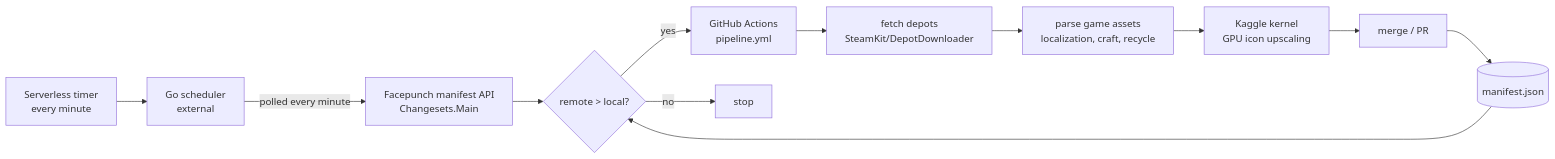
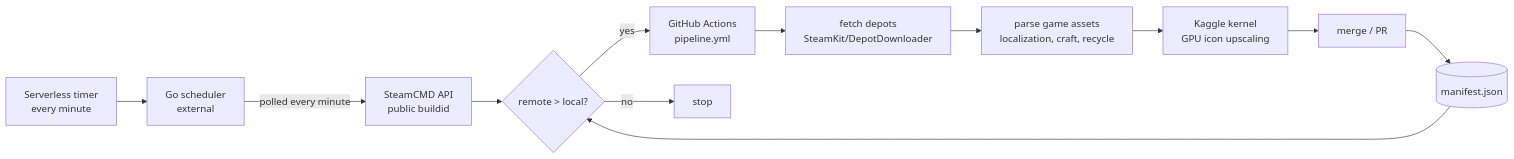
One commit to LehaSex/rust-game-icons changed the diagram in README.md. Above: the diagram before and after it, drawn with Mermaid. The commit also changed other lines of this file and 6 other files, not shown here.

````diff
--- a/README.md
+++ b/README.md
@@ -73,14 +73,14 @@
 ```mermaid
 flowchart LR
     T[Serverless timer<br/>every minute] --> F[Go scheduler<br/>external]
-    F -- polled every minute --> FP[Facepunch manifest API<br/>Changesets.Main]
-    FP --> C{remote &gt; local?}
+    F -- polled every minute --> SC[SteamCMD API<br/>public buildid]
+    SC --> C{remote &gt; local?}
     MR[(manifest.json)] --> C
     C -- yes --> G[GitHub Actions<br/>pipeline.yml]
     C -- no --> STOP[stop]
     G --> S[fetch depots<br/>SteamKit/DepotDownloader]
     S --> P[parse game assets<br/>localization, craft, recycle]
     P --> K[Kaggle kernel<br/>GPU icon upscaling]
     K --> M[merge / PR]
     M --> MR
 ```
````
